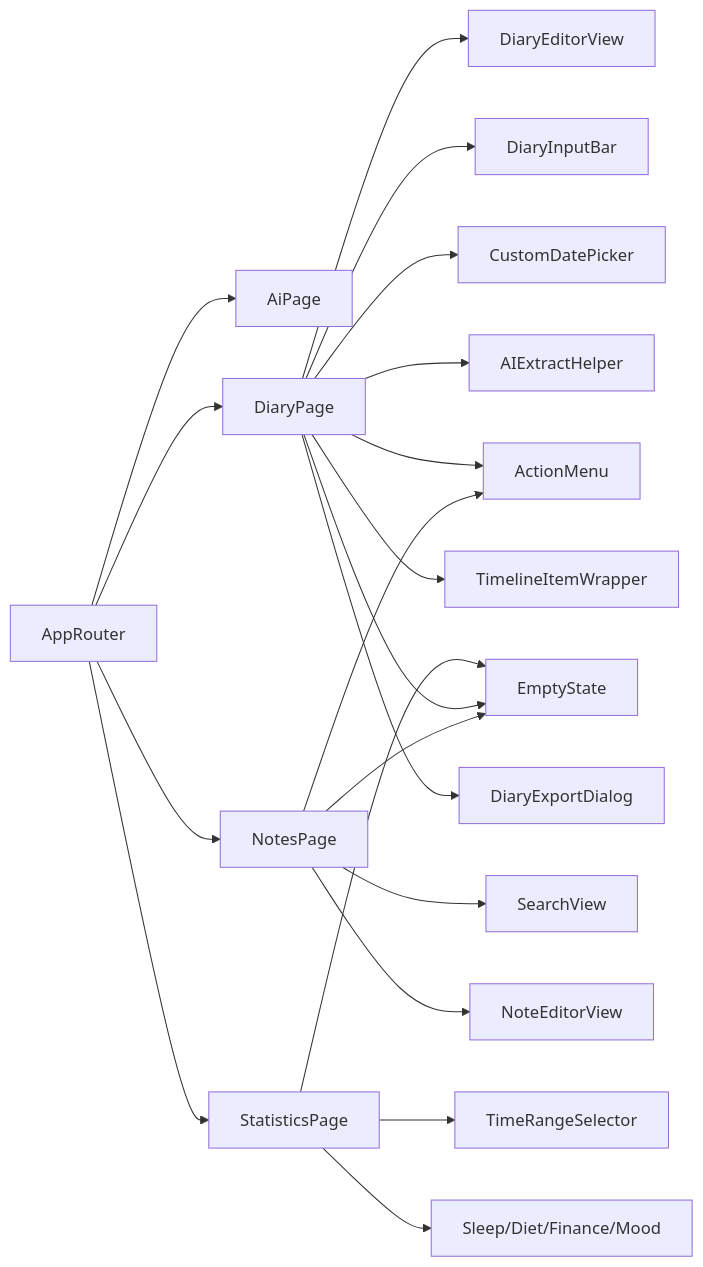
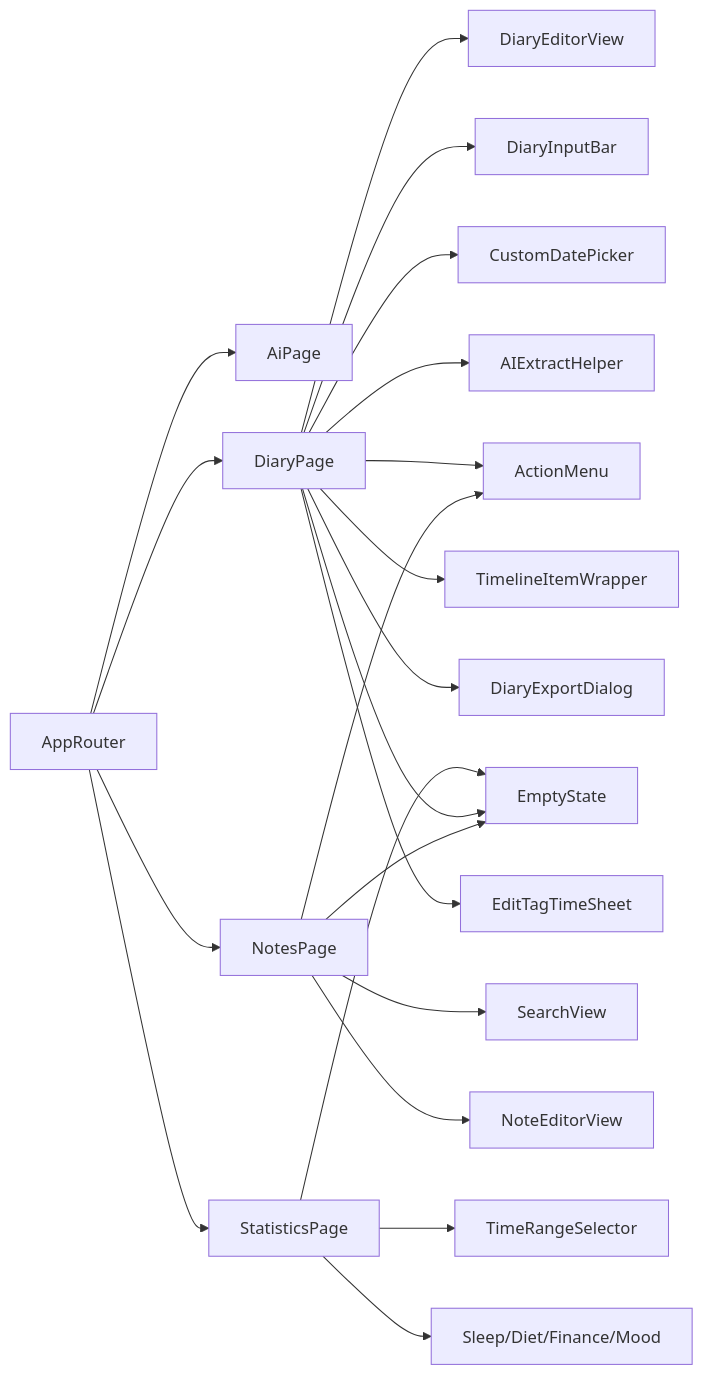
Before and after one commit to favoroo/QNote: the fourth of 4 diagrams in .qoder/repowiki/en/content/UI Components and Pages/Reusable UI Components.md, drawn with Mermaid. The commit also changed other lines of this file and 114 other files, not shown here.

````diff
--- a/.qoder/repowiki/en/content/UI Components and Pages/Reusable UI Components.md
+++ b/.qoder/repowiki/en/content/UI Components and Pages/Reusable UI Components.md
@@ -447,22 +473,23 @@
 ```mermaid
 graph LR
 ROUTER["AppRouter"] --> AI_PAGE["AiPage"]
 ROUTER --> DIARY_PAGE["DiaryPage"]
 ROUTER --> NOTES_PAGE["NotesPage"]
 ROUTER --> STATS_PAGE["StatisticsPage"]
 NOTES_PAGE --> EMPTY_STATE["EmptyState"]
 NOTES_PAGE --> SEARCH_VIEW["SearchView"]
 NOTES_PAGE --> ACTION_MENU["ActionMenu"]
 NOTES_PAGE --> NOTE_EDITOR["NoteEditorView"]
 DIARY_PAGE --> EMPTY_STATE
 DIARY_PAGE --> ACTION_MENU
 DIARY_PAGE --> DIARY_EDITOR["DiaryEditorView"]
 DIARY_PAGE --> DIARY_INPUT_BAR["DiaryInputBar"]
 DIARY_PAGE --> CUSTOM_DATE_PICKER["CustomDatePicker"]
 DIARY_PAGE --> AI_EXTRACT["AIExtractHelper"]
 DIARY_PAGE --> TIMELINE_WRAPPER["TimelineItemWrapper"]
 DIARY_PAGE --> EXPORT_DIALOG["DiaryExportDialog"]
+DIARY_PAGE --> EDIT_TAG_SHEET["EditTagTimeSheet"]
 STATS_PAGE --> EMPTY_STATE
 STATS_PAGE --> TIME_RANGE_SELECTOR["TimeRangeSelector"]
 STATS_PAGE --> STATS_WIDGETS["Sleep/Diet/Finance/Mood"]
 ```
````
